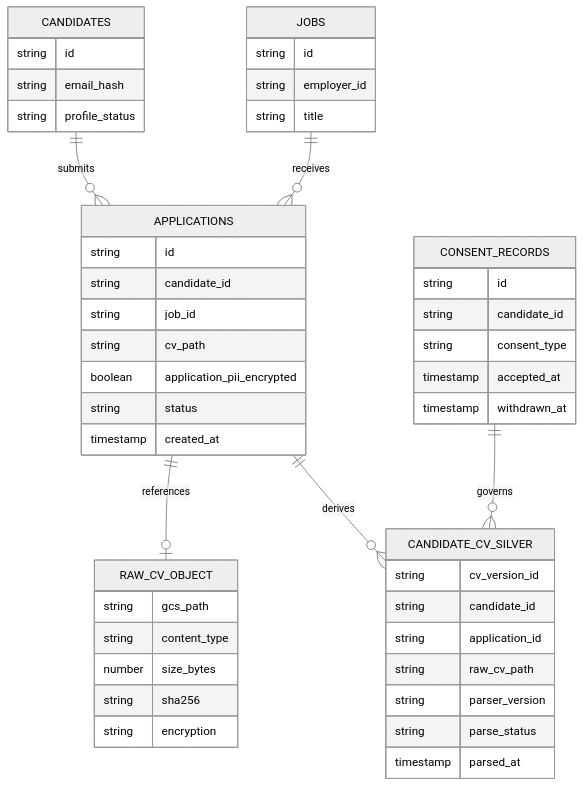
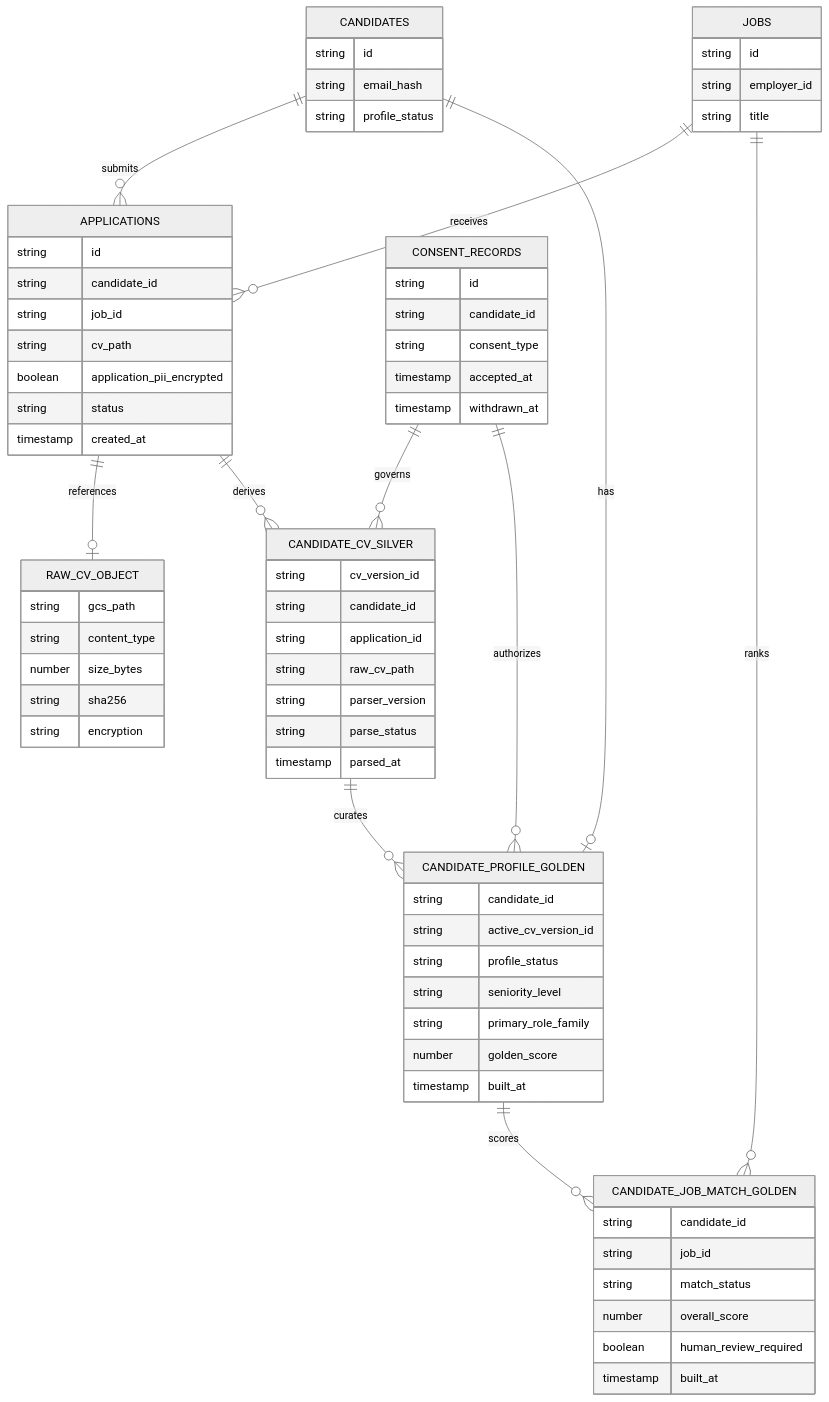
One commit to erwindaza/bejoby changed the third of 7 diagrams in cv-data-pipeline-sdd.md. Above: the diagram before and after it, drawn with Mermaid (neutral theme). The commit also changed other lines of this file and 2 other files, not shown here.

Commit message:
docs: add golden CV data layer

````diff
--- a/cv-data-pipeline-sdd.md
+++ b/cv-data-pipeline-sdd.md
@@ -182,56 +359,80 @@
 ```mermaid
 erDiagram
   APPLICATIONS ||--o| RAW_CV_OBJECT : references
   APPLICATIONS ||--o{ CANDIDATE_CV_SILVER : derives
+  CANDIDATE_CV_SILVER ||--o{ CANDIDATE_PROFILE_GOLDEN : curates
+  CANDIDATE_PROFILE_GOLDEN ||--o{ CANDIDATE_JOB_MATCH_GOLDEN : scores
   CANDIDATES ||--o{ APPLICATIONS : submits
+  CANDIDATES ||--o| CANDIDATE_PROFILE_GOLDEN : has
   JOBS ||--o{ APPLICATIONS : receives
+  JOBS ||--o{ CANDIDATE_JOB_MATCH_GOLDEN : ranks
   CONSENT_RECORDS ||--o{ CANDIDATE_CV_SILVER : governs
+  CONSENT_RECORDS ||--o{ CANDIDATE_PROFILE_GOLDEN : authorizes
 
   APPLICATIONS {
     string id
     string candidate_id
     string job_id
     string cv_path
     boolean application_pii_encrypted
     string status
     timestamp created_at
   }
 
   RAW_CV_OBJECT {
     string gcs_path
     string content_type
     number size_bytes
     string sha256
     string encryption
   }
 
   CANDIDATE_CV_SILVER {
     string cv_version_id
     string candidate_id
     string application_id
     string raw_cv_path
     string parser_version
     string parse_status
     timestamp parsed_at
   }
 
+  CANDIDATE_PROFILE_GOLDEN {
+    string candidate_id
+    string active_cv_version_id
+    string profile_status
+    string seniority_level
+    string primary_role_family
+    number golden_score
+    timestamp built_at
+  }
+
+  CANDIDATE_JOB_MATCH_GOLDEN {
+    string candidate_id
+    string job_id
+    string match_status
+    number overall_score
+    boolean human_review_required
+    timestamp built_at
+  }
+
   CANDIDATES {
     string id
     string email_hash
     string profile_status
   }
 
   JOBS {
     string id
     string employer_id
     string title
   }
 
   CONSENT_RECORDS {
     string id
     string candidate_id
     string consent_type
     timestamp accepted_at
     timestamp withdrawn_at
   }
 ```
````
